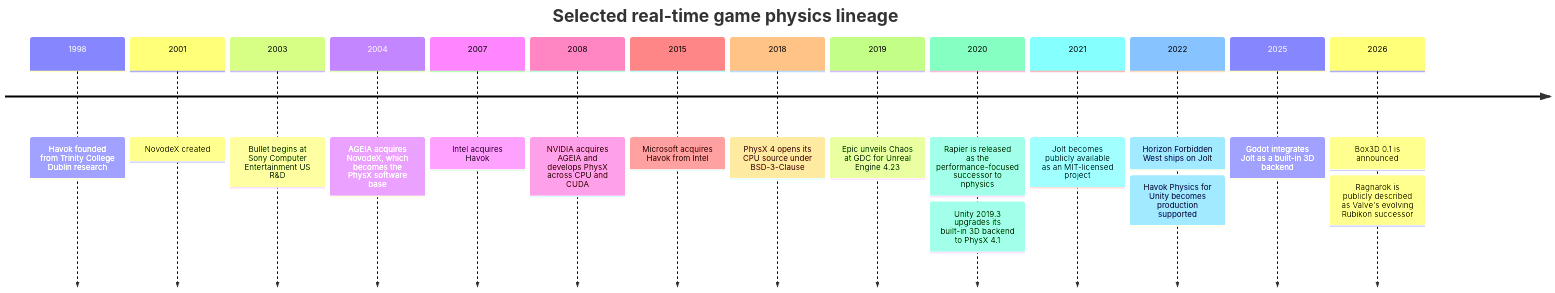
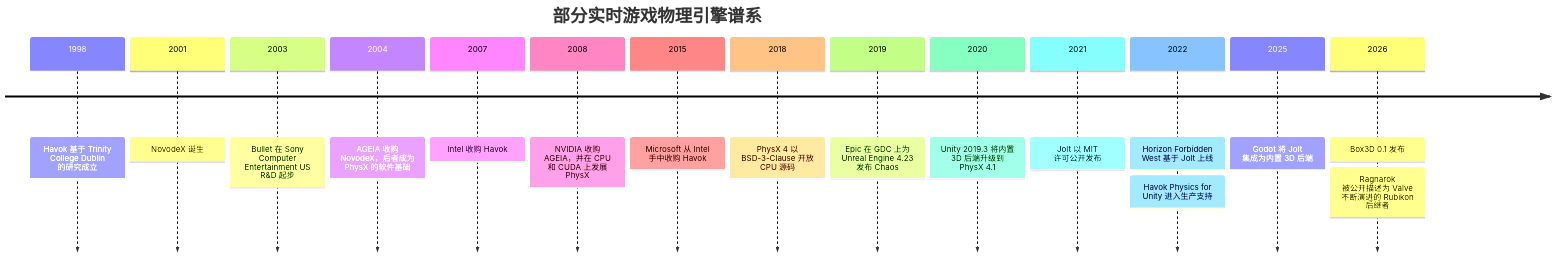
One commit to pps43/pps43.github.io changed the first of 5 diagrams in content/posts/notes_on_physics_engine/index.md. Above: the diagram before and after it, drawn with Mermaid. The commit also changed other lines of this file and 2 other files, not shown here.

First line of the commit message:
docs: translate physics engine post to Chinese, add skill optimization post

````diff
--- a/content/posts/notes_on_physics_engine/index.md
+++ b/content/posts/notes_on_physics_engine/index.md
@@ -64,21 +49,20 @@
 ```mermaid
 timeline
-    title Selected real-time game physics lineage
-    1998 : Havok founded from Trinity College Dublin research
-    2001 : NovodeX created
-    2003 : Bullet begins at Sony Computer Entertainment US R&D
-    2004 : AGEIA acquires NovodeX, which becomes the PhysX software base
-    2007 : Intel acquires Havok
-    2008 : NVIDIA acquires AGEIA and develops PhysX across CPU and CUDA
-    2015 : Microsoft acquires Havok from Intel
-    2018 : PhysX 4 opens its CPU source under BSD-3-Clause
-    2019 : Epic unveils Chaos at GDC for Unreal Engine 4.23
-    2020 : Rapier is released as the performance-focused successor to nphysics
-         : Unity 2019.3 upgrades its built-in 3D backend to PhysX 4.1
-    2021 : Jolt becomes publicly available as an MIT-licensed project
-    2022 : Horizon Forbidden West ships on Jolt
-         : Havok Physics for Unity becomes production supported
-    2025 : Godot integrates Jolt as a built-in 3D backend
-    2026 : Box3D 0.1 is announced
-         : Ragnarok is publicly described as Valve's evolving Rubikon successor
+    title 部分实时游戏物理引擎谱系
+    1998 : Havok 基于 Trinity College Dublin 的研究成立
+    2001 : NovodeX 诞生
+    2003 : Bullet 在 Sony Computer Entertainment US R&D 起步
+    2004 : AGEIA 收购 NovodeX，后者成为 PhysX 的软件基础
+    2007 : Intel 收购 Havok
+    2008 : NVIDIA 收购 AGEIA，并在 CPU 和 CUDA 上发展 PhysX
+    2015 : Microsoft 从 Intel 手中收购 Havok
+    2018 : PhysX 4 以 BSD-3-Clause 开放 CPU 源码
+    2019 : Epic 在 GDC 上为 Unreal Engine 4.23 发布 Chaos
+    2020 : Unity 2019.3 将内置 3D 后端升级到 PhysX 4.1
+    2021 : Jolt 以 MIT 许可公开发布
+    2022 : Horizon Forbidden West 基于 Jolt 上线
+         : Havok Physics for Unity 进入生产支持
+    2025 : Godot 将 Jolt 集成为内置 3D 后端
+    2026 : Box3D 0.1 发布
+         : Ragnarok 被公开描述为 Valve 不断演进的 Rubikon 后继者
 ```
````
